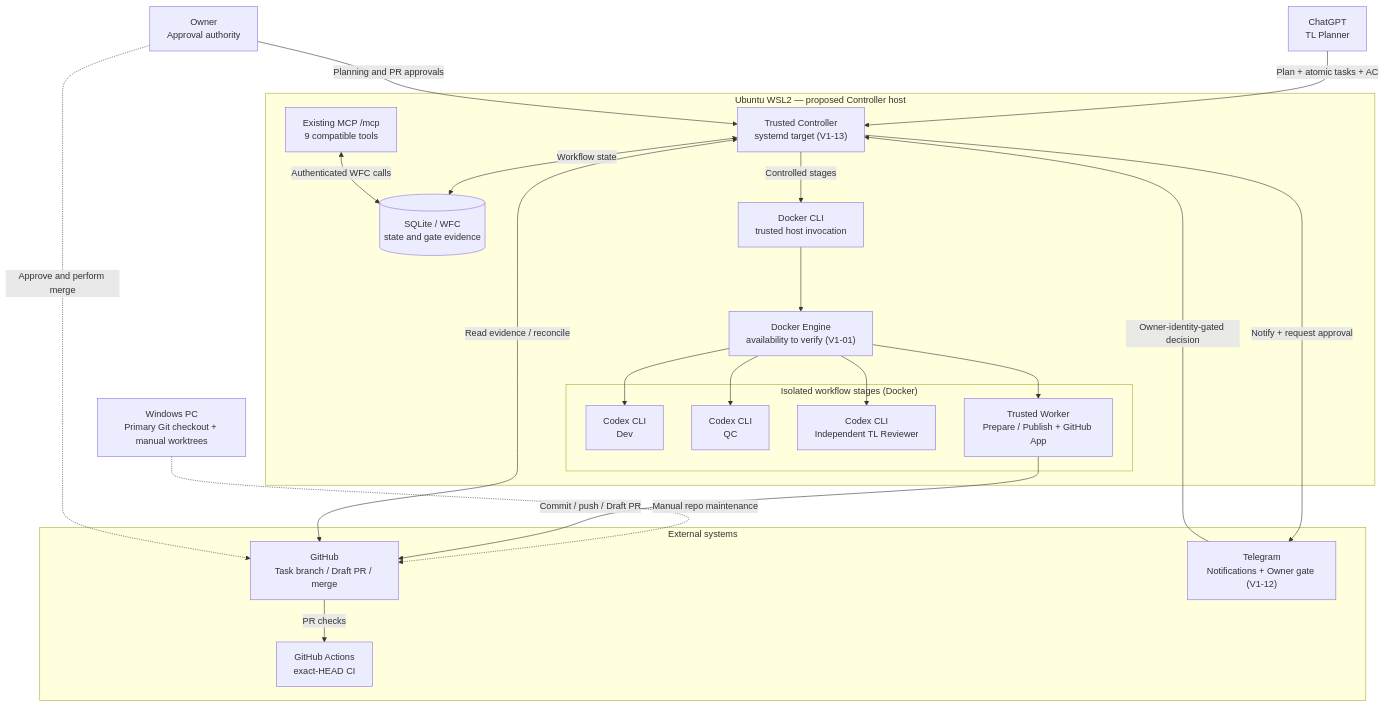
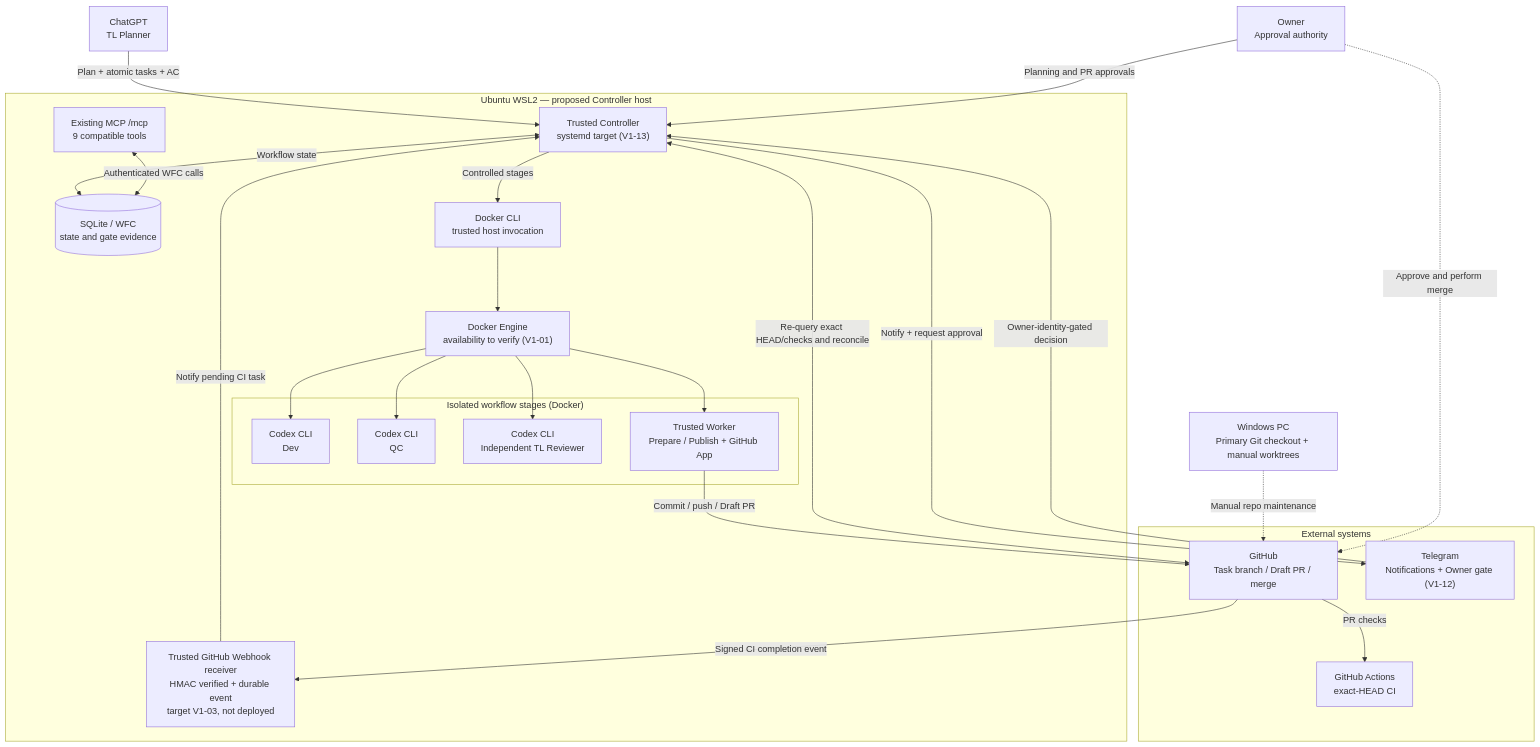
The first of 3 diagrams in docs/v1-visual-flows.md (builacviet/agent-workflow), drawn with Mermaid before and after one commit. The commit also changed other lines of this file, not shown here.

Commit message:
docs(V1): show approved webhook-driven CI signal and reconciliation

````diff
--- a/docs/v1-visual-flows.md
+++ b/docs/v1-visual-flows.md
@@ -11,45 +11,48 @@
 ```mermaid
 flowchart TB
   OWNER["Owner<br/>Approval authority"]
   PLANNER["ChatGPT<br/>TL Planner"]
   PC["Windows PC<br/>Primary Git checkout + manual worktrees"]
 
   subgraph UB["Ubuntu WSL2 — proposed Controller host"]
     CT["Trusted Controller<br/>systemd target (V1-13)"]
     DB[("SQLite / WFC<br/>state and gate evidence")]
     MCP["Existing MCP /mcp<br/>9 compatible tools"]
+    HOOK["Trusted GitHub Webhook receiver<br/>HMAC verified + durable event<br/>target V1-03, not deployed"]
     DC["Docker CLI<br/>trusted host invocation"]
     ENG["Docker Engine<br/>availability to verify (V1-01)"]
 
     subgraph JOBS["Isolated workflow stages (Docker)"]
       DEV["Codex CLI<br/>Dev"]
       QC["Codex CLI<br/>QC"]
       REVIEW["Codex CLI<br/>Independent TL Reviewer"]
       WORKER["Trusted Worker<br/>Prepare / Publish + GitHub App"]
     end
   end
 
   subgraph SERVICES["External systems"]
     GH["GitHub<br/>Task branch / Draft PR / merge"]
     CI["GitHub Actions<br/>exact-HEAD CI"]
     TELE["Telegram<br/>Notifications + Owner gate (V1-12)"]
   end
 
   PLANNER -->|"Plan + atomic tasks + AC"| CT
   OWNER -->|"Planning and PR approvals"| CT
   PC -.->|"Manual repo maintenance"| GH
   CT <-->|"Workflow state"| DB
   MCP <-->|"Authenticated WFC calls"| DB
   CT -->|"Controlled stages"| DC
   DC --> ENG
   ENG --> DEV
   ENG --> QC
   ENG --> REVIEW
   ENG --> WORKER
   WORKER -->|"Commit / push / Draft PR"| GH
   GH -->|"PR checks"| CI
-  CT <-->|"Read evidence / reconcile"| GH
+  GH -->|"Signed CI completion event"| HOOK
+  HOOK -->|"Notify pending CI task"| CT
+  CT <-->|"Re-query exact HEAD/checks and reconcile"| GH
   CT -->|"Notify + request approval"| TELE
   TELE -->|"Owner-identity-gated decision"| CT
   OWNER -.->|"Approve and perform merge"| GH
 ```
````
